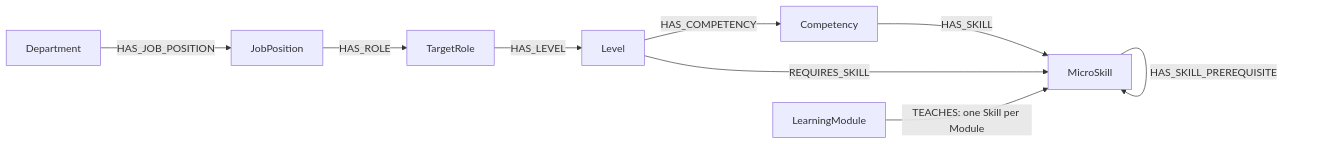
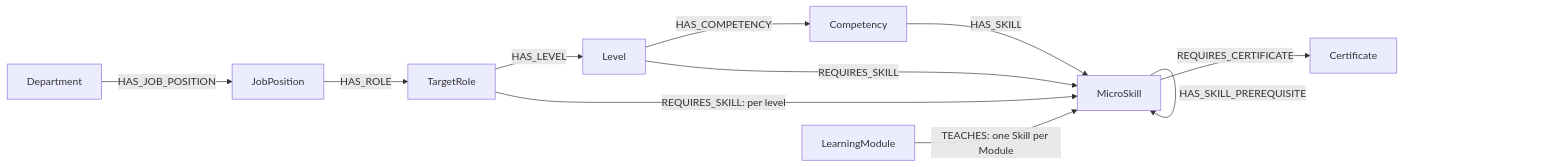
One commit to SEP490-Fall-2026-GFA26SE64/SEP490 changed the second of 2 diagrams in documents/neo4j_schema.md. Above: the diagram before and after it, drawn with Mermaid. The commit also changed other lines of this file and 11 other files, not shown here.

Commit message:
docs: update Neo4j schema diagrams and Review 2 reports to latest entities

````diff
--- a/documents/neo4j_schema.md
+++ b/documents/neo4j_schema.md
@@ -103,21 +99,13 @@
 ```mermaid
-
 flowchart LR
-
- D[Department] -->|HAS_JOB_POSITION| JP[JobPosition]
-
- JP[JobPosition] -->|HAS_ROLE| R[TargetRole]
-
- R -->|HAS_LEVEL| L[Level]
-
- L -->|HAS_COMPETENCY| C[Competency]
-
- C -->|HAS_SKILL| S[MicroSkill]
-
- L -->|REQUIRES_SKILL| S
-
- M[LearningModule] -->|TEACHES: one Skill per Module| S
-
- S -->|HAS_SKILL_PREREQUISITE| S
-
+  D[Department] -->|HAS_JOB_POSITION| JP[JobPosition]
+  JP[JobPosition] -->|HAS_ROLE| R[TargetRole]
+  R -->|HAS_LEVEL| L[Level]
+  L -->|HAS_COMPETENCY| C[Competency]
+  C -->|HAS_SKILL| S[MicroSkill]
+  L -->|REQUIRES_SKILL| S
+  R -->|REQUIRES_SKILL: per level| S
+  M[LearningModule] -->|TEACHES: one Skill per Module| S
+  S -->|HAS_SKILL_PREREQUISITE| S
+  S -->|REQUIRES_CERTIFICATE| CERT[Certificate]
 ```
````
